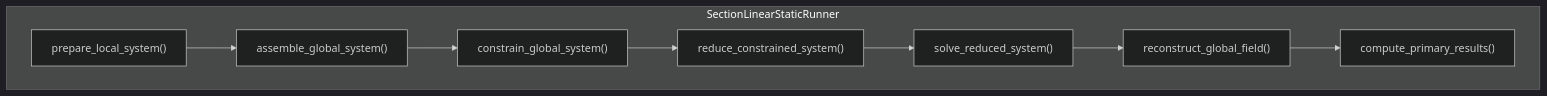
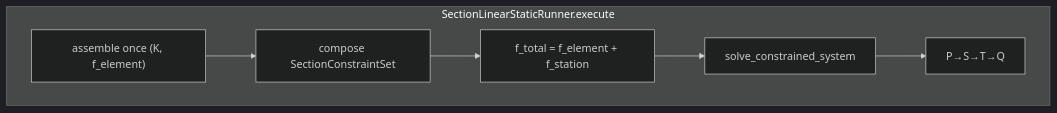
Before and after one commit to samhughes-fea/shell-fem: the diagram in section_shell_fea/docs/SECTION_SOLVE_STAGES.md, drawn with Mermaid (dark theme). The commit also changed other lines of this file and 126 other files, not shown here.

First line of the commit message:
refactor(section-shell-fea): element registry, constraint composer and MITC4 package split

````diff
--- a/section_shell_fea/docs/SECTION_SOLVE_STAGES.md
+++ b/section_shell_fea/docs/SECTION_SOLVE_STAGES.md
@@ -54,13 +55,11 @@
 ```mermaid
 flowchart TB
-    subgraph runner [SectionLinearStaticRunner]
-        prep["prepare_local_system()"]
-        asm["assemble_global_system()"]
-        con["constrain_global_system()"]
-        red["reduce_constrained_system()"]
-        slv["solve_reduced_system()"]
-        rec["reconstruct_global_field()"]
-        prim["compute_primary_results()"]
+    subgraph runner [SectionLinearStaticRunner.execute]
+        asm["assemble once (K, f_element)"]
+        cmp["compose SectionConstraintSet"]
+        rhs["f_total = f_element + f_station"]
+        ker["solve_constrained_system"]
+        rec["P→S→T→Q"]
     end
-    prep --> asm --> con --> red --> slv --> rec --> prim
+    asm --> cmp --> rhs --> ker --> rec
 ```
````
